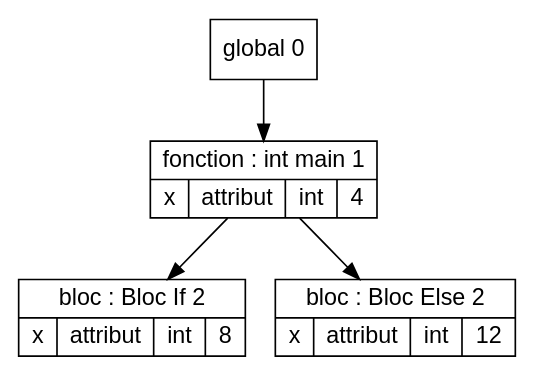
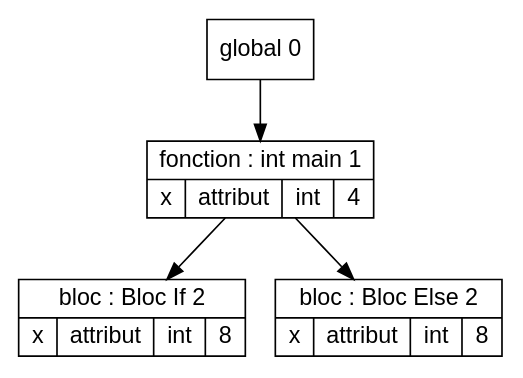
Before and after one commit to Hamza-ABDOULHOUSSEN/compil: the diagram in Code/out/tds/dot/Test_Semantique/var_deja_def2.dot, drawn with Graphviz. The commit also changed 1 other file, not shown here.

```diff
--- a/Code/out/tds/dot/Test_Semantique/var_deja_def2.dot
+++ b/Code/out/tds/dot/Test_Semantique/var_deja_def2.dot
@@ -1,24 +1,24 @@
 digraph "tds"{
 
 	node [fontname="Arial"];
 
 	N2 [shape=record label="{ bloc : Bloc If  2
 	| { x | attribut | int | 8 }
 	}"];
 
 	N3 [shape=record label="{ bloc : Bloc Else  2
-	| { x | attribut | int | 12 }
+	| { x | attribut | int | 8 }
 	}"];
 
 	N1 [shape=record label="{ fonction : int main 1
 	| { x | attribut | int | 4 }
 	}"];
 
 	N0 [shape=record label="{ global 0
 	}"];
 
 
 	N0 -> N1; 
 	N1 -> N2; 
 	N1 -> N3; 
 }
```
